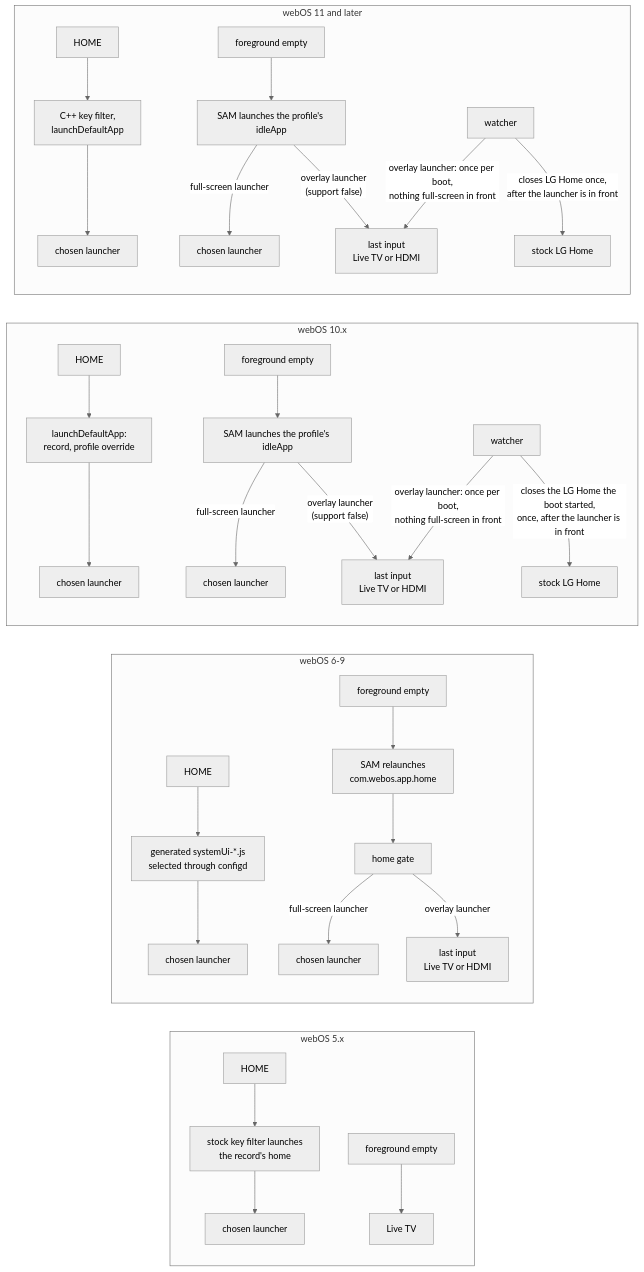
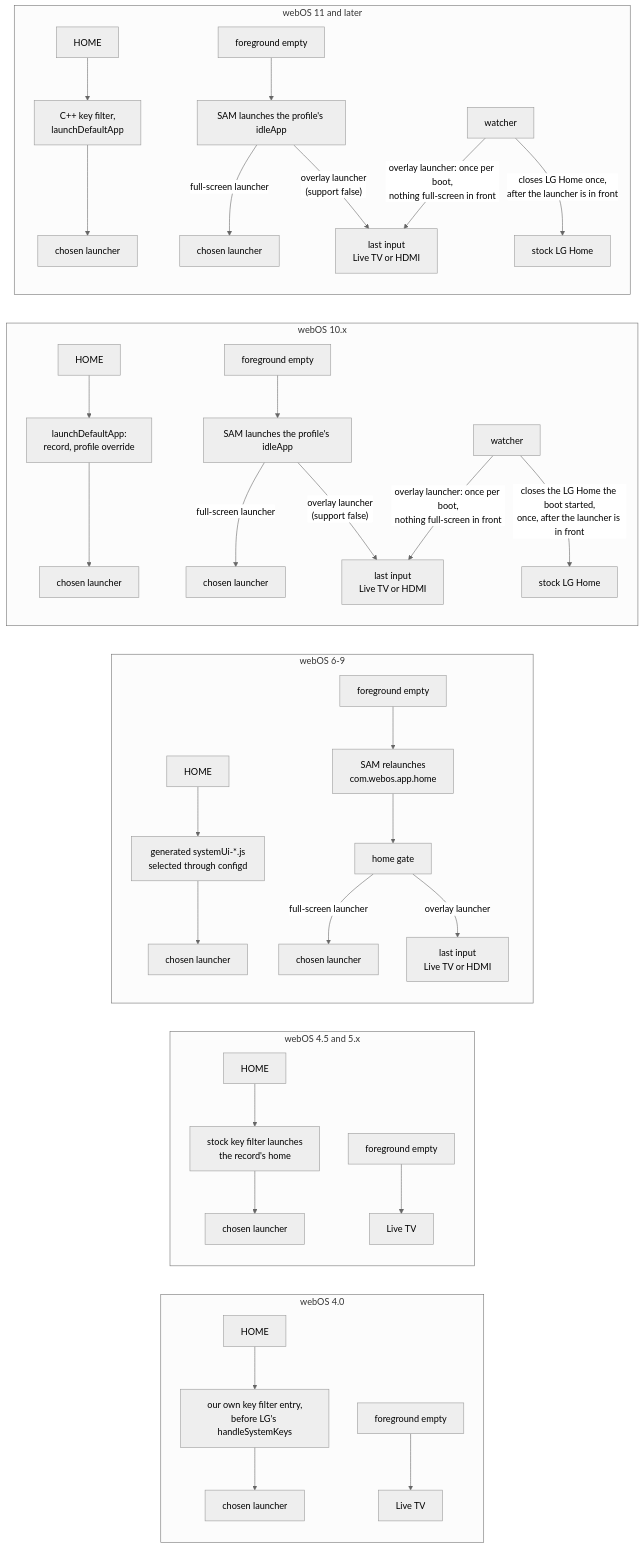
The second of 5 diagrams in docs/architecture.md (webosbrew/home-chooser), drawn with Mermaid (neutral theme) before and after one commit. The commit also changed other lines of this file and 9 other files, not shown here.

````diff
--- a/docs/architecture.md
+++ b/docs/architecture.md
@@ -89,29 +89,33 @@
 ```mermaid
 flowchart LR
-    subgraph w5["webOS 5.x"]
+    subgraph w40["webOS 4.0"]
+        k40["HOME"] --> f40["our own key filter entry,<br/>before LG's handleSystemKeys"] --> l40["chosen launcher"]
+        i40["foreground empty"] --> s40["Live TV"]
+    end
+    subgraph w5["webOS 4.5 and 5.x"]
         k5["HOME"] --> f5["stock key filter launches<br/>the record's home"] --> l5["chosen launcher"]
         i5["foreground empty"] --> s5["Live TV"]
     end
     subgraph w69["webOS 6-9"]
         k69["HOME"] --> f69["generated systemUi-*.js<br/>selected through configd"] --> l69["chosen launcher"]
         i69["foreground empty"] --> s69["SAM relaunches<br/>com.webos.app.home"] --> g69["home gate"]
         g69 -- "full-screen launcher" --> l69b["chosen launcher"]
         g69 -- "overlay launcher" --> t69["last input<br/>Live TV or HDMI"]
     end
     subgraph w10["webOS 10.x"]
         k10["HOME"] --> f10["launchDefaultApp:<br/>record, profile override"] --> l10["chosen launcher"]
         i10["foreground empty"] --> s10["SAM launches the profile's idleApp"]
         s10 -- "full-screen launcher" --> l10b["chosen launcher"]
         s10 -- "overlay launcher<br/>(support false)" --> t10["last input<br/>Live TV or HDMI"]
         w10c["watcher"] -- "closes the LG Home the boot started,<br/>once, after the launcher is in front" --> h10["stock LG Home"]
         w10c -- "overlay launcher: once per boot,<br/>nothing full-screen in front" --> t10
     end
     subgraph w11["webOS 11 and later"]
         k11["HOME"] --> f11["C++ key filter,<br/>launchDefaultApp"] --> l11["chosen launcher"]
         i11["foreground empty"] --> s11["SAM launches the profile's idleApp"]
         s11 -- "full-screen launcher" --> l11b["chosen launcher"]
         s11 -- "overlay launcher<br/>(support false)" --> t11["last input<br/>Live TV or HDMI"]
         w11c["watcher"] -- "closes LG Home once,<br/>after the launcher is in front" --> h11["stock LG Home"]
         w11c -- "overlay launcher: once per boot,<br/>nothing full-screen in front" --> t11
     end
 ```
````
